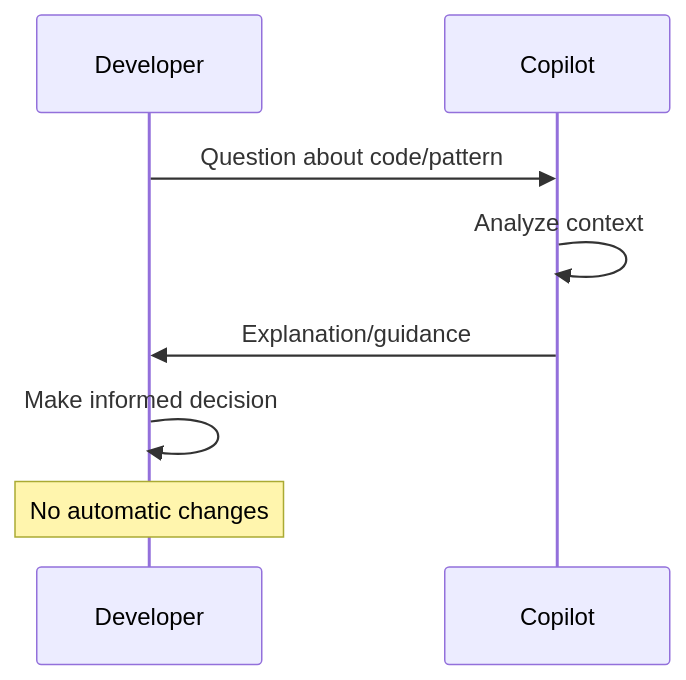
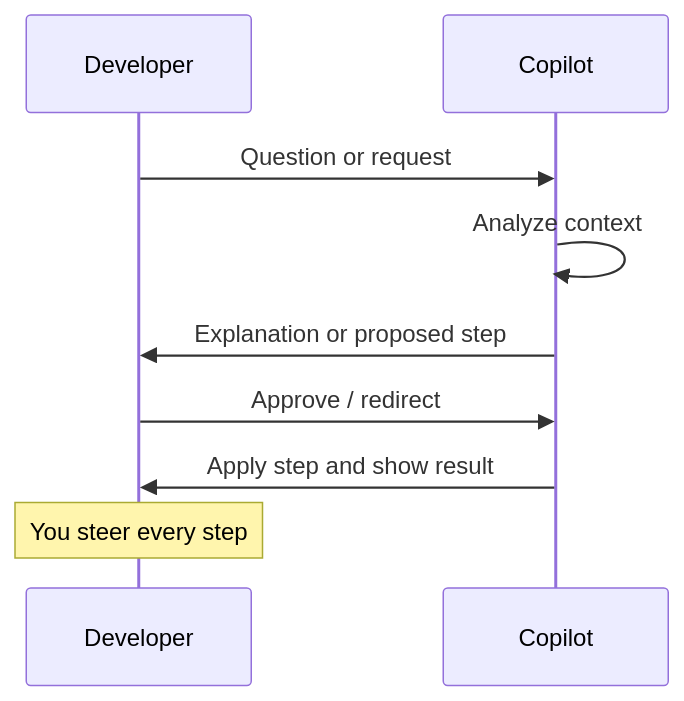
One commit to centricconsulting/ai-coding-workshop changed the fourth of 6 diagrams in docs/design/diagrams/copilot-interaction-models.md. Above: the diagram before and after it, drawn with Mermaid. The commit also changed other lines of this file and 21 other files, not shown here.

````diff
--- a/docs/design/diagrams/copilot-interaction-models.md
+++ b/docs/design/diagrams/copilot-interaction-models.md
@@ -90,11 +97,12 @@
 ```mermaid
 sequenceDiagram
     participant D as Developer
     participant C as Copilot
-    
-    D->>C: Question about code/pattern
+
+    D->>C: Question or request
     C->>C: Analyze context
-    C->>D: Explanation/guidance
-    D->>D: Make informed decision
-    Note over D: No automatic changes
+    C->>D: Explanation or proposed step
+    D->>C: Approve / redirect
+    C->>D: Apply step and show result
+    Note over D: You steer every step
 ```
````
